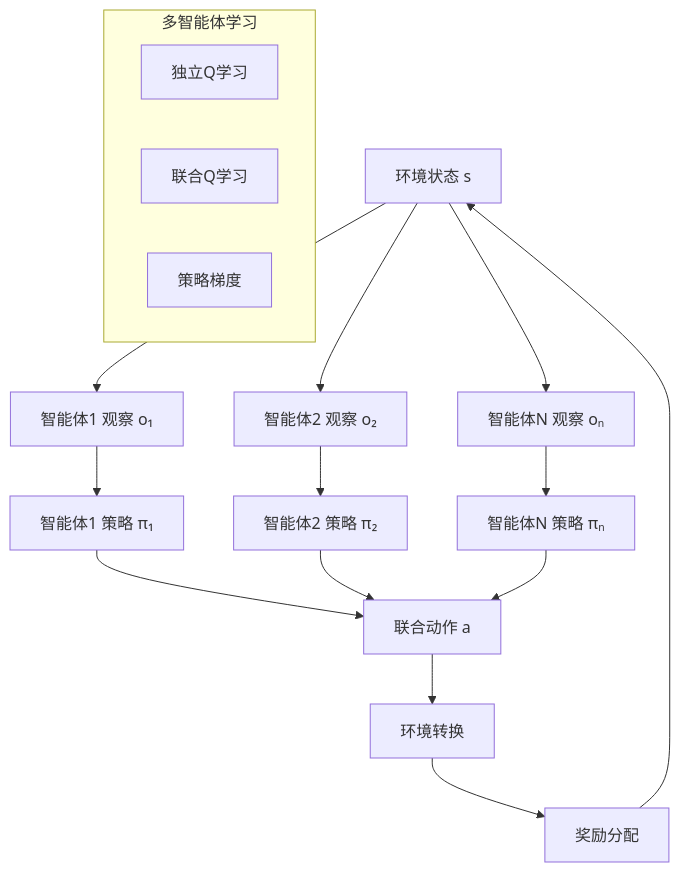
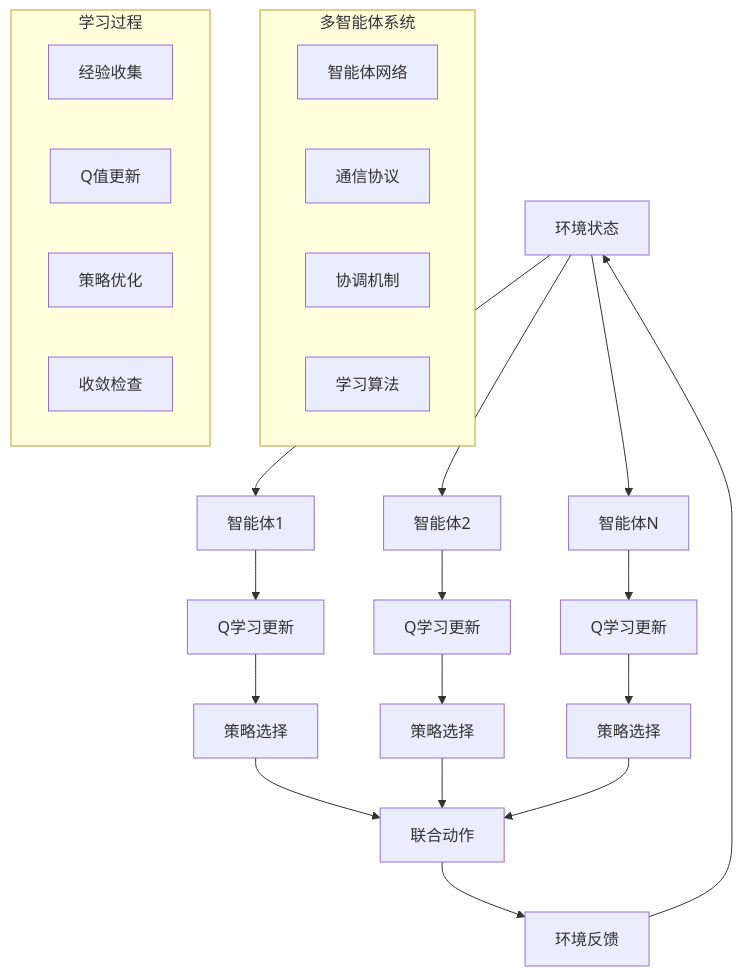
Before and after one commit to AdaMartin18010/FormalModel: the first of 3 diagrams in docs/09-实现示例/通用示例/MULTI_AGENT_SYSTEMS_MULTI_REPRESENTATION.md, drawn with Mermaid. The commit also changed other lines of this file and 3 other files, not shown here.

````diff
--- a/docs/09-实现示例/通用示例/MULTI_AGENT_SYSTEMS_MULTI_REPRESENTATION.md
+++ b/docs/09-实现示例/通用示例/MULTI_AGENT_SYSTEMS_MULTI_REPRESENTATION.md
@@ -39,24 +51,31 @@
 ```mermaid
 graph TD
-    A[环境状态 s] --> B[智能体1 观察 o₁]
-    A --> C[智能体2 观察 o₂]
-    A --> D[智能体N 观察 oₙ]
+    A[环境状态] --> B[智能体1]
+    A --> C[智能体2]
+    A --> D[智能体N]
+    B --> E[Q学习更新]
+    C --> F[Q学习更新]
+    D --> G[Q学习更新]
+    E --> H[策略选择]
+    F --> I[策略选择]
+    G --> J[策略选择]
+    H --> K[联合动作]
+    I --> K
+    J --> K
+    K --> L[环境反馈]
+    L --> A
     
-    B --> E[智能体1 策略 π₁]
-    C --> F[智能体2 策略 π₂]
-    D --> G[智能体N 策略 πₙ]
+    subgraph "多智能体系统"
+        M[智能体网络]
+        N[通信协议]
+        O[协调机制]
+        P[学习算法]
+    end
     
-    E --> H[联合动作 a]
-    F --> H
-    G --> H
-    
-    H --> I[环境转换]
-    I --> J[奖励分配]
-    J --> A
-    
-    subgraph "多智能体学习"
-        K[独立Q学习]
-        L[联合Q学习]
-        M[策略梯度]
+    subgraph "学习过程"
+        Q[经验收集]
+        R[Q值更新]
+        S[策略优化]
+        T[收敛检查]
     end
 ```
````
